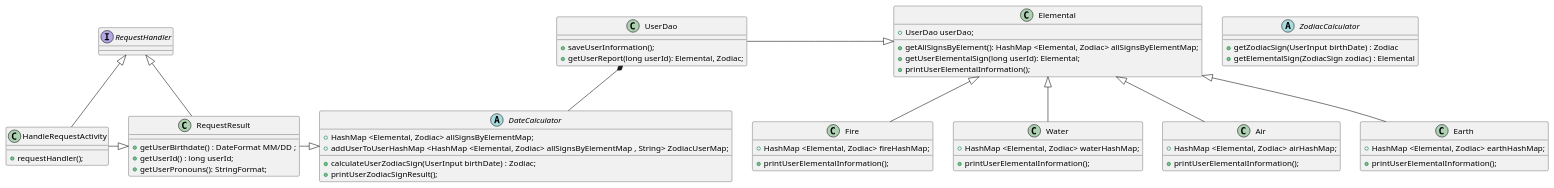
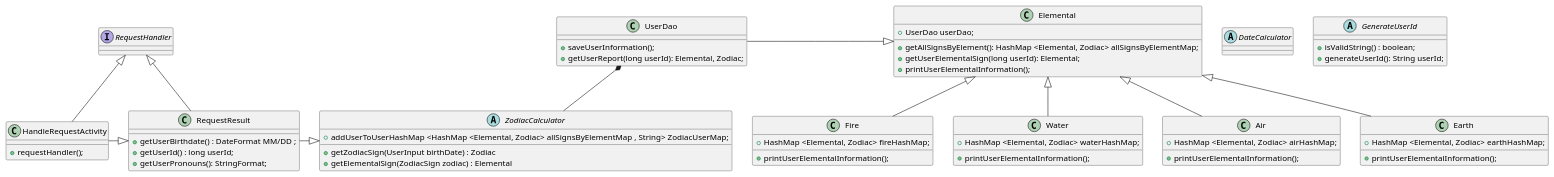
One commit to gbauza3destinee/zodiakApp changed the diagram in template_java_project/ProjectDocuments/ZodiakClass.puml. Above: the diagram before and after it, drawn with PlantUML. The commit also changed 2 other files, not shown here.

Commit message:
OrganizingDataRelatedClasses_toNotes_NextToImplementModelConverterClasses_andDaoClass

```diff
--- a/template_java_project/ProjectDocuments/ZodiakClass.puml
+++ b/template_java_project/ProjectDocuments/ZodiakClass.puml
@@ -1,82 +1,80 @@
 @startuml
 'https://plantuml.com/class-diagram
 
 abstract class DateCalculator
 
 
 interface RequestHandler
 class HandleRequestActivity extends RequestHandler{
 + requestHandler();
 
 }
 
 class RequestResult extends RequestHandler {
 + getUserBirthdate() : DateFormat MM/DD ;
 + getUserId() : long userId;
 + getUserPronouns(): StringFormat;
 }
 
 
 HandleRequestActivity -|> RequestResult
 
 class UserDao{
 + saveUserInformation();
 + getUserReport(long userId): Elemental, Zodiac;
 }
 
 
-RequestResult -|> DateCalculator
+RequestResult -|> ZodiacCalculator
 
-UserDao *-- DateCalculator
+UserDao *-- ZodiacCalculator
 
 UserDao -|> Elemental
-
-abstract class DateCalculator {
-+ HashMap <Elemental, Zodiac> allSignsByElementMap;
-+ calculateUserZodiacSign(UserInput birthDate) : Zodiac;
-+ printUserZodiacSignResult();
-+ addUserToUserHashMap <HashMap <Elemental, Zodiac> allSignsByElementMap , String> ZodiacUserMap;
-}
-
 
 
 abstract class ZodiacCalculator{
     + getZodiacSign(UserInput birthDate) : Zodiac
     + getElementalSign(ZodiacSign zodiac) : Elemental
+    + addUserToUserHashMap <HashMap <Elemental, Zodiac> allSignsByElementMap , String> ZodiacUserMap;
+}
+
+
+abstract class GenerateUserId{
+    + isValidString() : boolean;
+    + generateUserId(): String userId;
 
 }
 
 class Elemental {
 + UserDao userDao;
 + getAllSignsByElement(): HashMap <Elemental, Zodiac> allSignsByElementMap;
 + getUserElementalSign(long userId): Elemental;
 + printUserElementalInformation();
 
 }
 
 class Fire extends Elemental{
 + HashMap <Elemental, Zodiac> fireHashMap;
 + printUserElementalInformation();
 }
 
 class Water extends Elemental {
 + HashMap <Elemental, Zodiac> waterHashMap;
 + printUserElementalInformation();
 
 }
 
-
 class Air extends Elemental{
 + HashMap <Elemental, Zodiac> airHashMap;
 + printUserElementalInformation();
 }
 
 
 class Earth extends Elemental{
 + HashMap <Elemental, Zodiac> earthHashMap;
 + printUserElementalInformation();
 }
 
 
 
 @enduml
```
